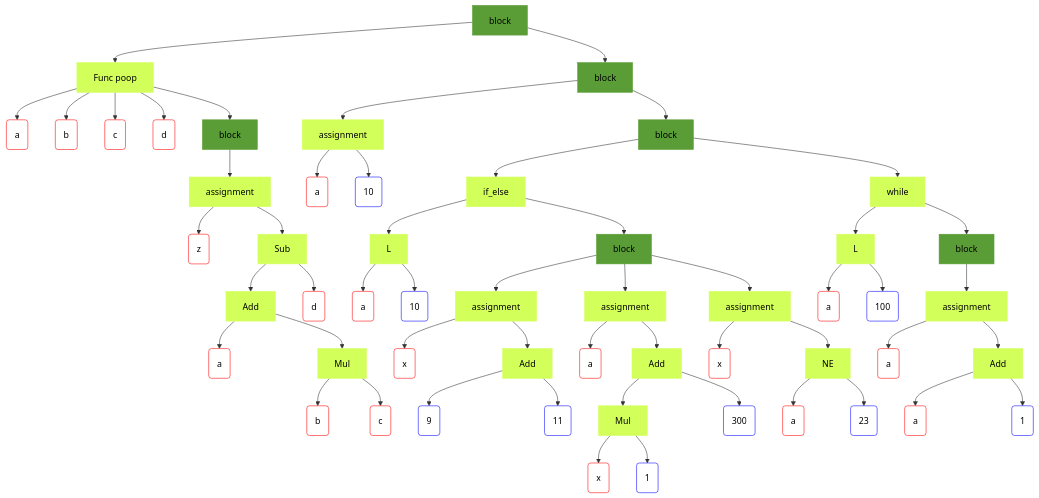
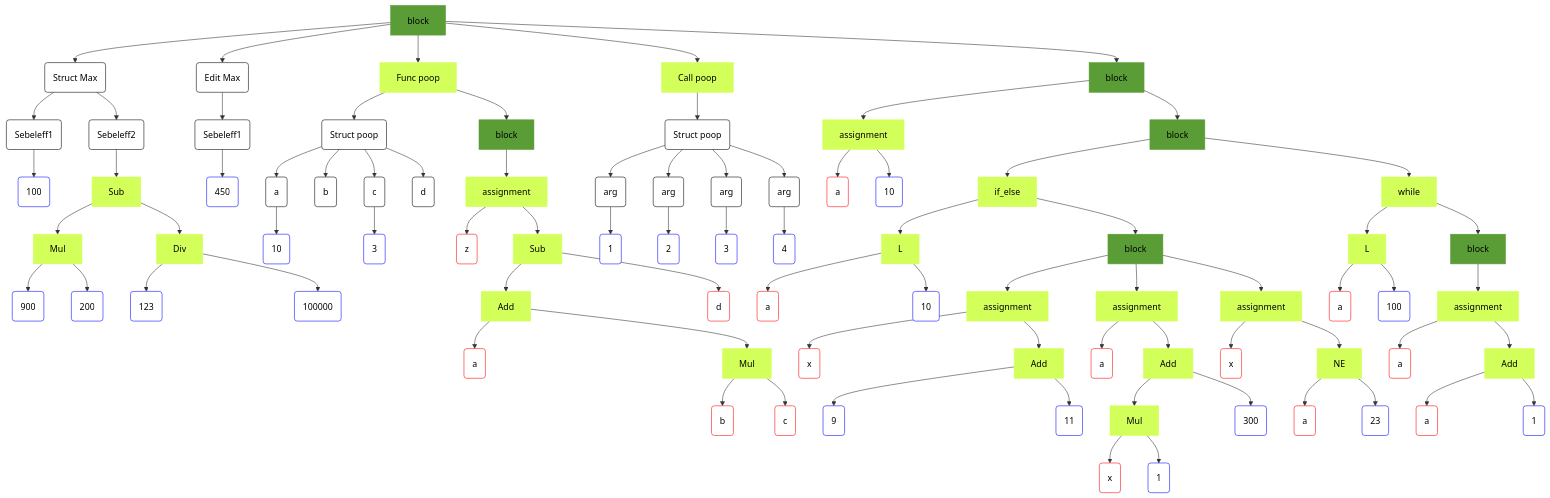
One commit to Matvey787/Language changed the diagram in compiler/ast.mmd. Above: the diagram before and after it, drawn with Mermaid. The commit also changed 15 other files, not shown here.

```diff
--- a/compiler/ast.mmd
+++ b/compiler/ast.mmd
@@ -1,118 +1,176 @@
 graph TD
 
 %% Available styles
 classDef Lit_int_ fill:#ffffff, stroke:#0000ff, color:#000000;
 classDef Lit_std__string_ fill:#ffffff, stroke:#ff0000, color:#000000;
 classDef BinOp fill:#d3ff5b, stroke:#d3ff5b, color:#000000;
 classDef Assign fill:#d3ff5b, stroke:#d3ff5b, color:#000000;
 classDef Block fill:#5a9d36, stroke:#5a9d36, color:#000000;
 classDef IfElse fill:#d3ff5b, stroke:#d3ff5b, color:#000000;
 classDef While fill:#d3ff5b, stroke:#d3ff5b, color:#000000;
+classDef default fill:#FFFFFF, stroke:#000000, color:#000000;
+classDef default fill:#FFFFFF, stroke:#000000, color:#000000;
+classDef default fill:#FFFFFF, stroke:#000000, color:#000000;
 classDef Func fill:#d3ff5b, stroke:#d3ff5b, color:#000000;
+classDef default fill:#FFFFFF, stroke:#000000, color:#000000;
 
 %% AST tree
 1[block]:::Block
-2[Func poop]:::Func
-3(a):::Lit_std__string_
+2(Struct Max):::default
+3(Sebeleff1):::default
+4(100):::Lit_int_
+3 --> 4
 2 --> 3
-4(b):::Lit_std__string_
-2 --> 4
-5(c):::Lit_std__string_
+5(Sebeleff2):::default
+8(900):::Lit_int_
+9(200):::Lit_int_
+7[Mul]:::BinOp
+7 --> 8
+7 --> 9
+11(123):::Lit_int_
+12(100000):::Lit_int_
+10[Div]:::BinOp
+10 --> 11
+10 --> 12
+6[Sub]:::BinOp
+6 --> 7
+6 --> 10
+5 --> 6
 2 --> 5
-6(d):::Lit_std__string_
-2 --> 6
-7[block]:::Block
-9(z):::Lit_std__string_
-12(a):::Lit_std__string_
-14(b):::Lit_std__string_
-15(c):::Lit_std__string_
-13[Mul]:::BinOp
+1 --> 2
+13(Edit Max):::default
+14(Sebeleff1):::default
+15(450):::Lit_int_
+14 --> 15
 13 --> 14
-13 --> 15
-11[Add]:::BinOp
-11 --> 12
-11 --> 13
-16(d):::Lit_std__string_
-10[Sub]:::BinOp
-10 --> 11
-10 --> 16
-8[assignment]:::Assign
-8 --> 9
-8 --> 10
-7 --> 8
-2 --> 7
-1 --> 2
-17[block]:::Block
-19(a):::Lit_std__string_
-20(10):::Lit_int_
-18[assignment]:::Assign
+1 --> 13
+16[Func poop]:::Func
+17(Struct poop):::default
+18(a):::default
+19(10):::Lit_int_
 18 --> 19
-18 --> 20
 17 --> 18
-21[block]:::Block
-24(a):::Lit_std__string_
-25(10):::Lit_int_
-23[L]:::BinOp
-23 --> 24
-23 --> 25
-26[block]:::Block
-28(x):::Lit_std__string_
-30(9):::Lit_int_
-31(11):::Lit_int_
-29[Add]:::BinOp
-29 --> 30
-29 --> 31
-27[assignment]:::Assign
+20(b):::default
+17 --> 20
+21(c):::default
+22(3):::Lit_int_
+21 --> 22
+17 --> 21
+23(d):::default
+17 --> 23
+16 --> 17
+24[block]:::Block
+26(z):::Lit_std__string_
+29(a):::Lit_std__string_
+31(b):::Lit_std__string_
+32(c):::Lit_std__string_
+30[Mul]:::BinOp
+30 --> 31
+30 --> 32
+28[Add]:::BinOp
+28 --> 29
+28 --> 30
+33(d):::Lit_std__string_
+27[Sub]:::BinOp
 27 --> 28
-27 --> 29
-26 --> 27
-33(a):::Lit_std__string_
-36(x):::Lit_std__string_
+27 --> 33
+25[assignment]:::Assign
+25 --> 26
+25 --> 27
+24 --> 25
+16 --> 24
+1 --> 16
+34[Call poop]:::Func
+35(Struct poop):::default
+36(arg):::default
 37(1):::Lit_int_
-35[Mul]:::BinOp
+36 --> 37
 35 --> 36
-35 --> 37
-38(300):::Lit_int_
-34[Add]:::BinOp
+38(arg):::default
+39(2):::Lit_int_
+38 --> 39
+35 --> 38
+40(arg):::default
+41(3):::Lit_int_
+40 --> 41
+35 --> 40
+42(arg):::default
+43(4):::Lit_int_
+42 --> 43
+35 --> 42
 34 --> 35
-34 --> 38
-32[assignment]:::Assign
-32 --> 33
-32 --> 34
-26 --> 32
-40(x):::Lit_std__string_
-42(a):::Lit_std__string_
-43(23):::Lit_int_
-41[NE]:::BinOp
-41 --> 42
-41 --> 43
-39[assignment]:::Assign
-39 --> 40
-39 --> 41
-26 --> 39
-22[if_else]:::IfElse
-22 --> 23
-22 --> 26
-21 --> 22
+1 --> 34
+44[block]:::Block
 46(a):::Lit_std__string_
-47(100):::Lit_int_
-45[L]:::BinOp
+47(10):::Lit_int_
+45[assignment]:::Assign
 45 --> 46
 45 --> 47
+44 --> 45
 48[block]:::Block
-50(a):::Lit_std__string_
-52(a):::Lit_std__string_
-53(1):::Lit_int_
-51[Add]:::BinOp
-51 --> 52
-51 --> 53
-49[assignment]:::Assign
+51(a):::Lit_std__string_
+52(10):::Lit_int_
+50[L]:::BinOp
+50 --> 51
+50 --> 52
+53[block]:::Block
+55(x):::Lit_std__string_
+57(9):::Lit_int_
+58(11):::Lit_int_
+56[Add]:::BinOp
+56 --> 57
+56 --> 58
+54[assignment]:::Assign
+54 --> 55
+54 --> 56
+53 --> 54
+60(a):::Lit_std__string_
+63(x):::Lit_std__string_
+64(1):::Lit_int_
+62[Mul]:::BinOp
+62 --> 63
+62 --> 64
+65(300):::Lit_int_
+61[Add]:::BinOp
+61 --> 62
+61 --> 65
+59[assignment]:::Assign
+59 --> 60
+59 --> 61
+53 --> 59
+67(x):::Lit_std__string_
+69(a):::Lit_std__string_
+70(23):::Lit_int_
+68[NE]:::BinOp
+68 --> 69
+68 --> 70
+66[assignment]:::Assign
+66 --> 67
+66 --> 68
+53 --> 66
+49[if_else]:::IfElse
 49 --> 50
-49 --> 51
+49 --> 53
 48 --> 49
-44[while]:::While
-44 --> 45
+73(a):::Lit_std__string_
+74(100):::Lit_int_
+72[L]:::BinOp
+72 --> 73
+72 --> 74
+75[block]:::Block
+77(a):::Lit_std__string_
+79(a):::Lit_std__string_
+80(1):::Lit_int_
+78[Add]:::BinOp
+78 --> 79
+78 --> 80
+76[assignment]:::Assign
+76 --> 77
+76 --> 78
+75 --> 76
+71[while]:::While
+71 --> 72
+71 --> 75
+48 --> 71
 44 --> 48
-21 --> 44
-17 --> 21
-1 --> 17
+1 --> 44
```
